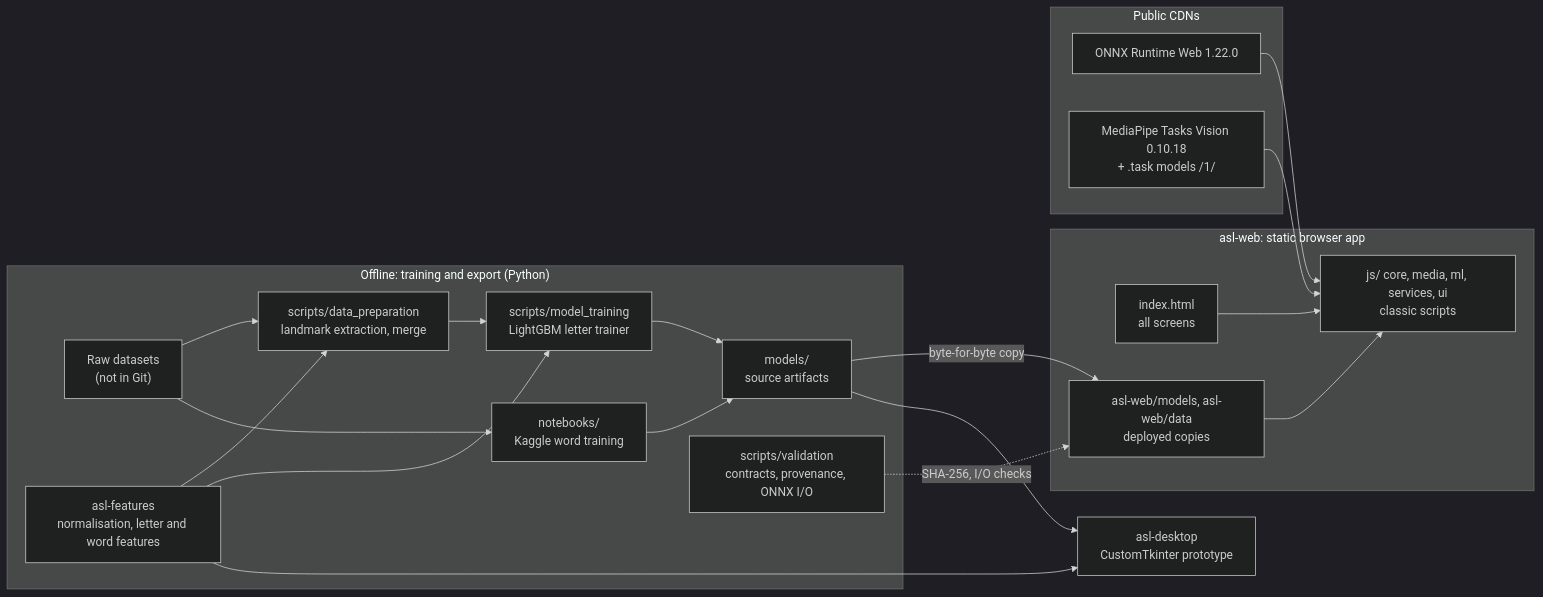
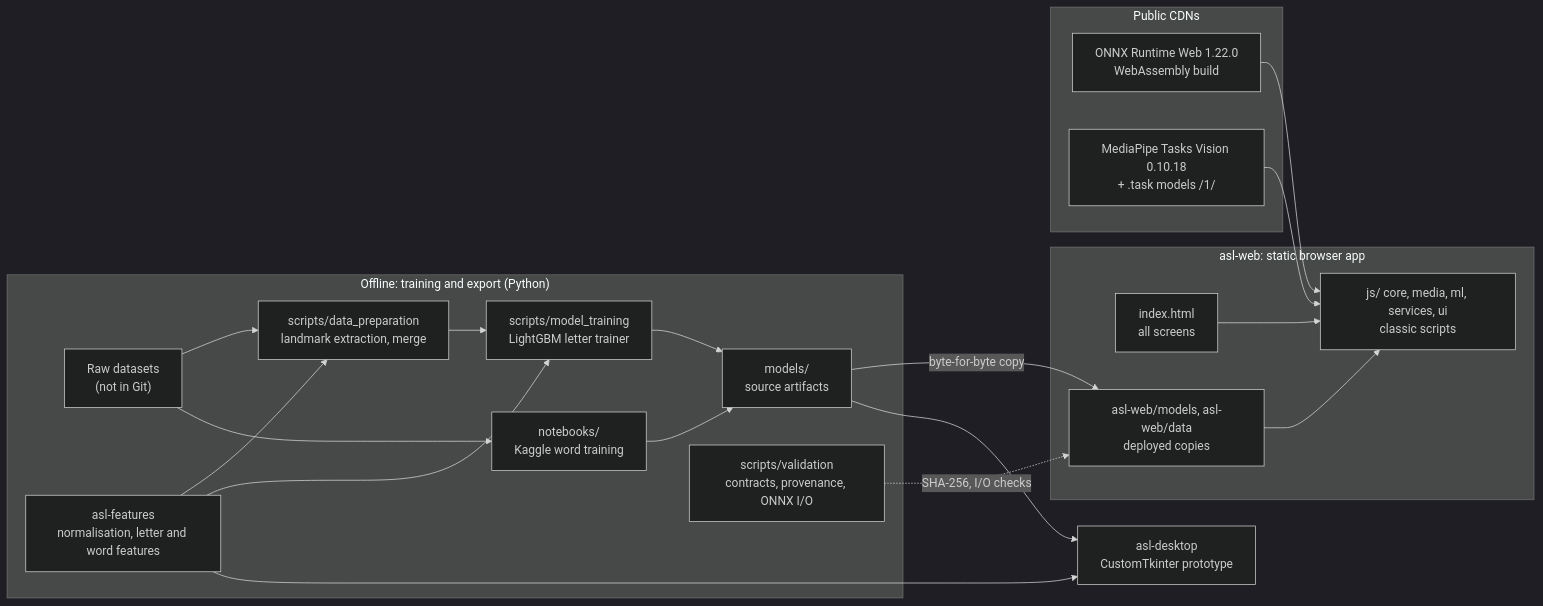
Before and after one commit to alimustafaekmen/asl-assistant: the first of 4 diagrams in TECHNICAL_REPORT.md, drawn with Mermaid (dark theme). The commit also changed other lines of this file and 66 other files, not shown here.

````diff
--- a/TECHNICAL_REPORT.md
+++ b/TECHNICAL_REPORT.md
@@ -60,37 +54,37 @@
 ```mermaid
 flowchart LR
   subgraph Offline["Offline: training and export (Python)"]
     RAW["Raw datasets<br/>(not in Git)"]
     EXT["scripts/data_preparation<br/>landmark extraction, merge"]
     ML["asl-features<br/>normalisation, letter and word features"]
     TRAIN["scripts/model_training<br/>LightGBM letter trainer"]
     NB["notebooks/<br/>Kaggle word training"]
     MODELS["models/<br/>source artifacts"]
     VAL["scripts/validation<br/>contracts, provenance, ONNX I/O"]
   end
   subgraph Web["asl-web: static browser app"]
     HTML["index.html<br/>all screens"]
     JS["js/ core, media, ml, services, ui<br/>classic scripts"]
     WDATA["asl-web/models, asl-web/data<br/>deployed copies"]
   end
   subgraph CDN["Public CDNs"]
-    ORT["ONNX Runtime Web 1.22.0"]
+    ORT["ONNX Runtime Web 1.22.0<br/>WebAssembly build"]
     MP["MediaPipe Tasks Vision 0.10.18<br/>+ .task models /1/"]
   end
   DESK["asl-desktop<br/>CustomTkinter prototype"]
 
   RAW --> EXT --> TRAIN
   ML --> EXT
   ML --> TRAIN
   RAW --> NB
   TRAIN --> MODELS
   NB --> MODELS
   MODELS -- "byte-for-byte copy" --> WDATA
   VAL -. "SHA-256, I/O checks" .-> WDATA
   ML --> DESK
   MODELS --> DESK
   WDATA --> JS
   ORT --> JS
   MP --> JS
   HTML --> JS
 ```
````
